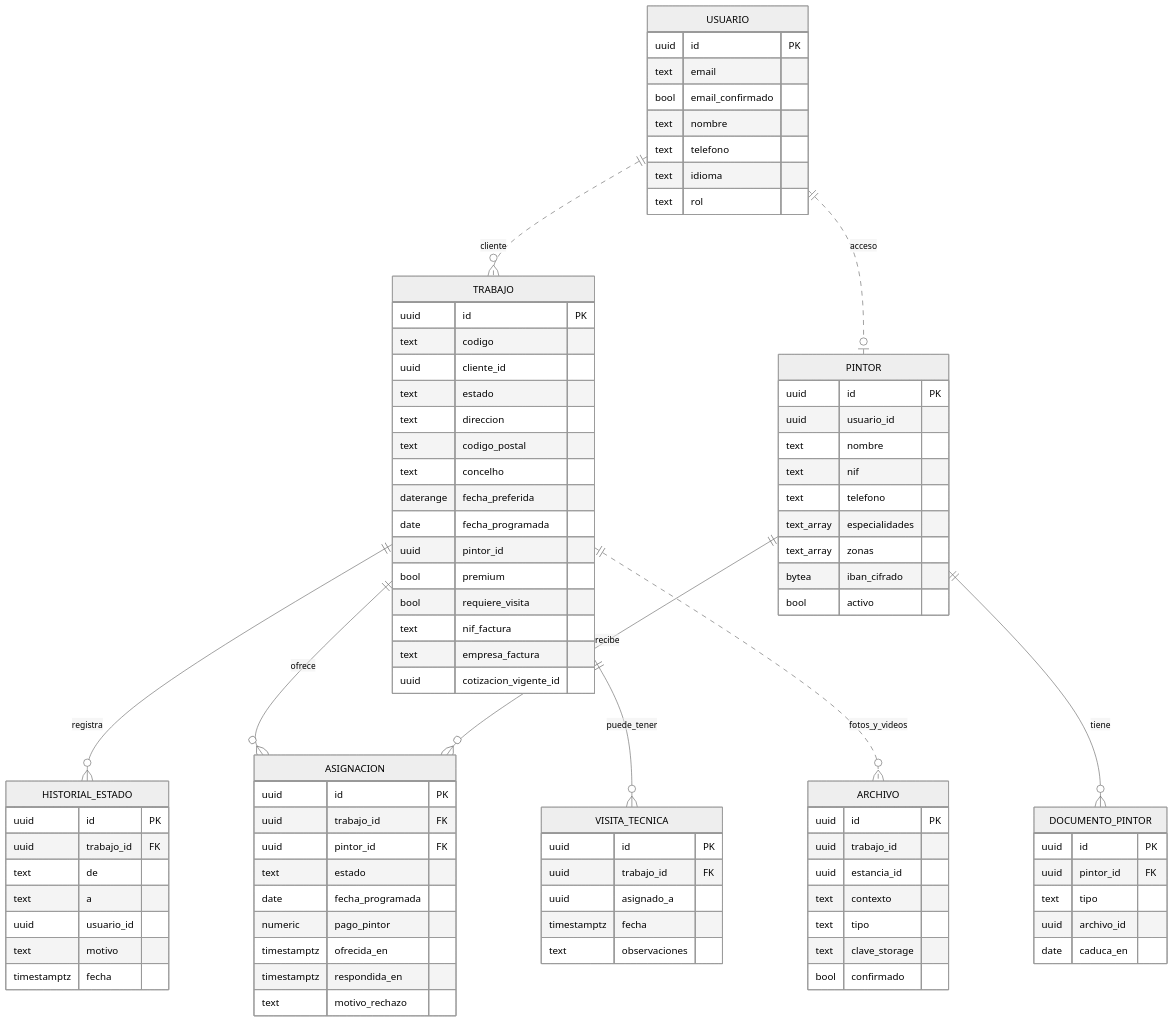
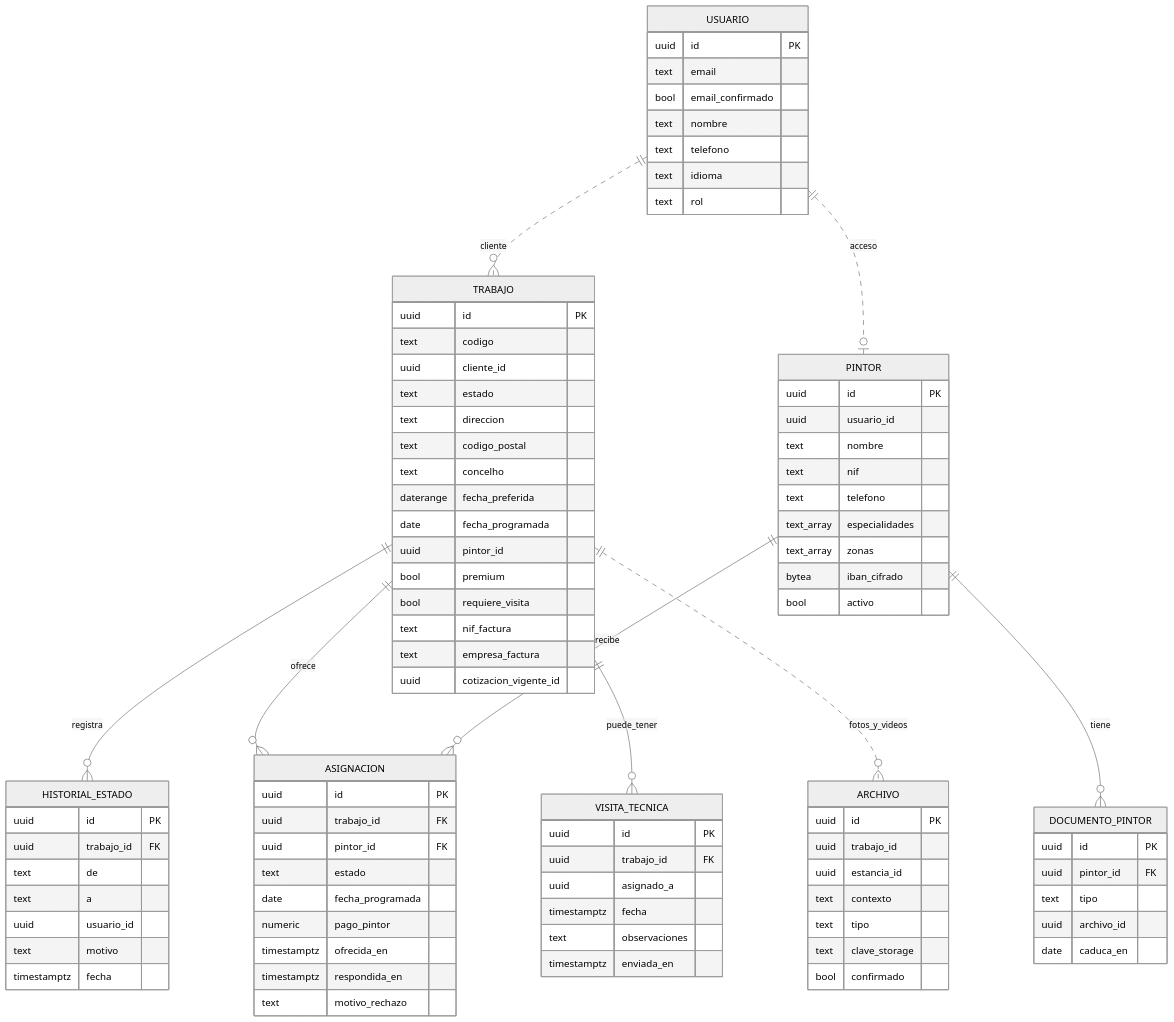
The second of 3 diagrams in docs/data-model.md (nilh77/pinta), drawn with Mermaid (neutral theme) before and after one commit. The commit also changed other lines of this file and 5 other files, not shown here.

```diff
--- a/docs/data-model.md
+++ b/docs/data-model.md
@@ -161,6 +161,7 @@
     uuid asignado_a
     timestamptz fecha
     text observaciones
+    timestamptz enviada_en
   }
   ARCHIVO {
     uuid id PK
```
